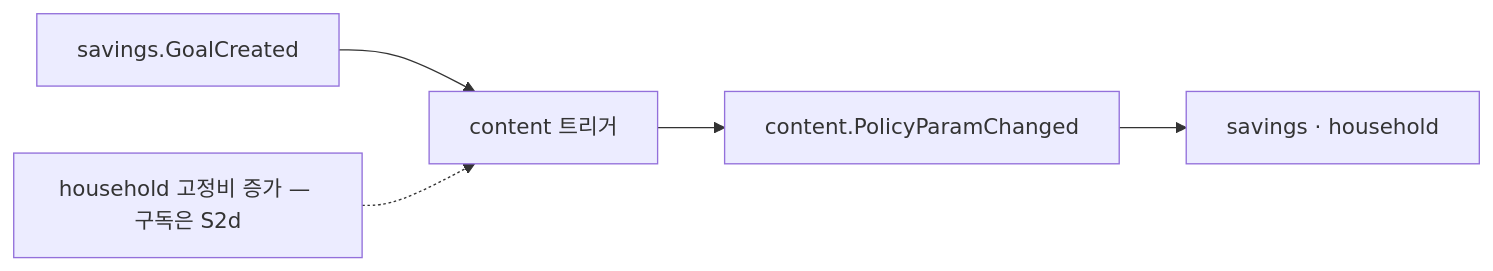
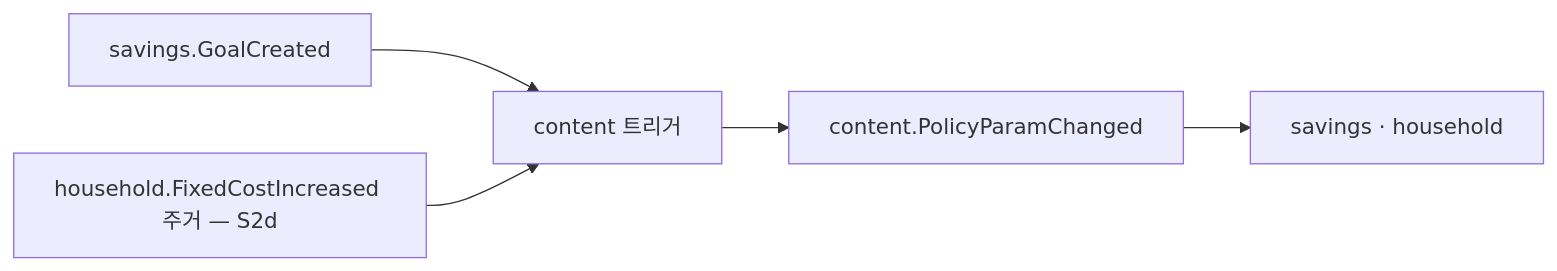
One commit to kwangyoulsagong/SALT changed the diagram in pm/requirements/specs/in-progress/FEATURE-014-money-tips.md. Above: the diagram before and after it, drawn with Mermaid. The commit also changed other lines of this file and 34 other files, not shown here.

````diff
--- a/pm/requirements/specs/in-progress/FEATURE-014-money-tips.md
+++ b/pm/requirements/specs/in-progress/FEATURE-014-money-tips.md
@@ -93,6 +95,6 @@
 ```mermaid
 flowchart LR
   SV[savings.GoalCreated] --> CT[content 트리거]
-  HH[household 고정비 증가 — 구독은 S2d] -.-> CT
+  HH[household.FixedCostIncreased 주거 — S2d] --> CT
   CT --> P[content.PolicyParamChanged] --> SV2[savings · household]
 ```
````
